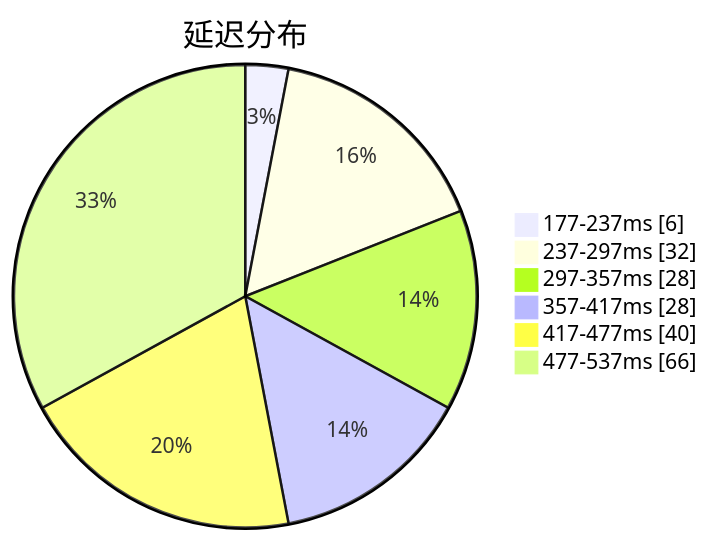
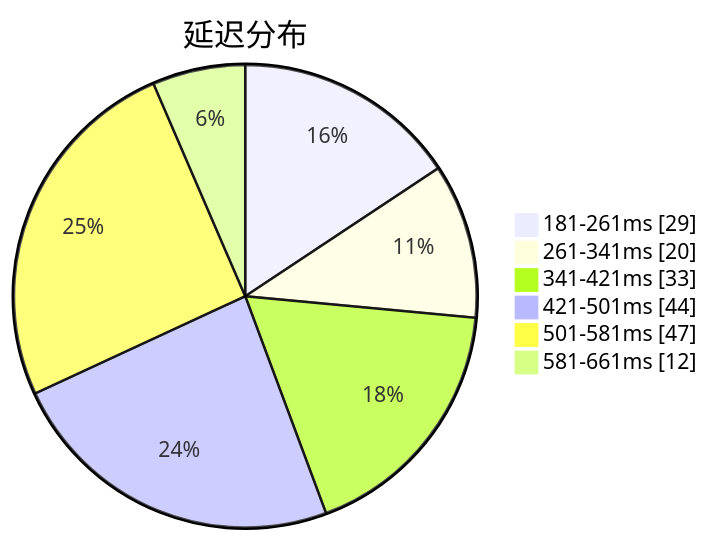
One commit to qjlxg/airport changed the first of 3 diagrams in subs/statistics/tested_within.md. Above: the diagram before and after it, drawn with Mermaid. The commit also changed other lines of this file and 2 other files, not shown here.

````diff
--- a/subs/statistics/tested_within.md
+++ b/subs/statistics/tested_within.md
@@ -2,10 +2,10 @@
 ```mermaid
 pie showData
 title 延迟分布
-"177-237ms" : 6
-"237-297ms" : 32
-"297-357ms" : 28
-"357-417ms" : 28
-"417-477ms" : 40
-"477-537ms" : 66
+"181-261ms" : 29
+"261-341ms" : 20
+"341-421ms" : 33
+"421-501ms" : 44
+"501-581ms" : 47
+"581-661ms" : 12
 ```
````
